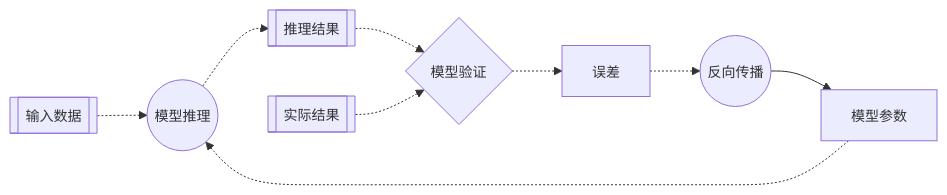
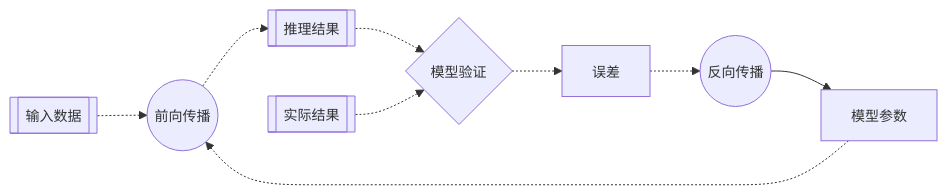
One commit to li-xiao-guang/teenytinynn changed the second of 3 diagrams in edu/01-learn-neural-networks-from-scratch/md/01-artificial-neural-networks/02-损失函数：用均方误差验证模型.md. Above: the diagram before and after it, drawn with Mermaid. The commit also changed other lines of this file and 5 other files, not shown here.

````diff
--- a/edu/01-learn-neural-networks-from-scratch/md/01-artificial-neural-networks/02-损失函数：用均方误差验证模型.md
+++ b/edu/01-learn-neural-networks-from-scratch/md/01-artificial-neural-networks/02-损失函数：用均方误差验证模型.md
@@ -17,7 +17,7 @@
 ```mermaid
 %%{init: { "themeVariables": { "fontSize": "14px" } } }%%
 graph LR
-    x[[输入数据]] -.-> model((模型推理))
+    x[[输入数据]] -.-> model((前向传播))
     w[模型参数] -.-> model -.-> t_p[[推理结果]] -.-> loss{模型验证} -.-> e[误差] -.-> backward((反向传播)) --> w
     y[[实际结果]] -.-> loss
 ```
````
